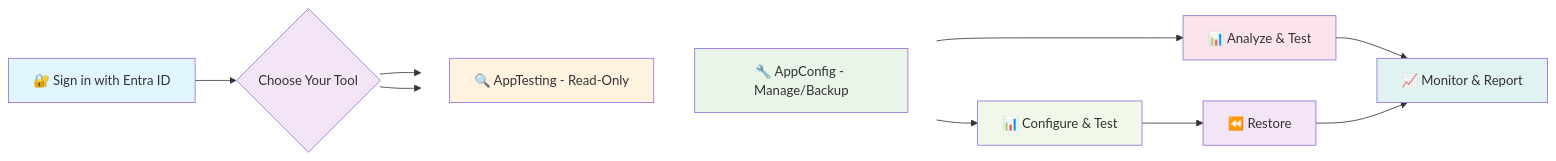
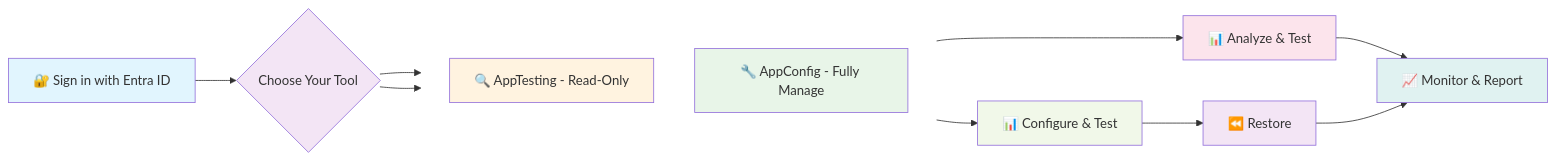
Before and after one commit to AppConfig-Org/AppConfig-Squared: the diagram in README.md, drawn with Mermaid.

Commit message:
Updated files: README.md

````diff
--- a/README.md
+++ b/README.md
@@ -114,32 +114,32 @@
 ```mermaid
 flowchart LR
     A[🔐 Sign in with Entra ID] --> B{Choose Your Tool}
 
     %% Vertically stack tool choices (AppTesting above AppConfig)
     subgraph S[ ]
       direction TB
       D[🔍 AppTesting - Read-Only]
-      C[🔧 AppConfig - Manage/Backup]
+      C[🔧 AppConfig - Fully Manage]
     end
     style S fill:transparent,stroke:transparent
 
     B --> D
     B --> C
 
     %% Paths
     D --> F[📊 Analyze & Test]
     C --> E[📊 Configure & Test]
     E --> G[⏪ Restore]
     F --> H[📈 Monitor & Report]
     G --> H
 
     %% Styling
     style A fill:#e1f5fe
     style B fill:#f3e5f5
     style C fill:#e8f5e8
     style D fill:#fff3e0
     style E fill:#f1f8e9
     style F fill:#fce4ec
     style G fill:#f3e5f5
     style H fill:#e0f2f1
 ```
````
